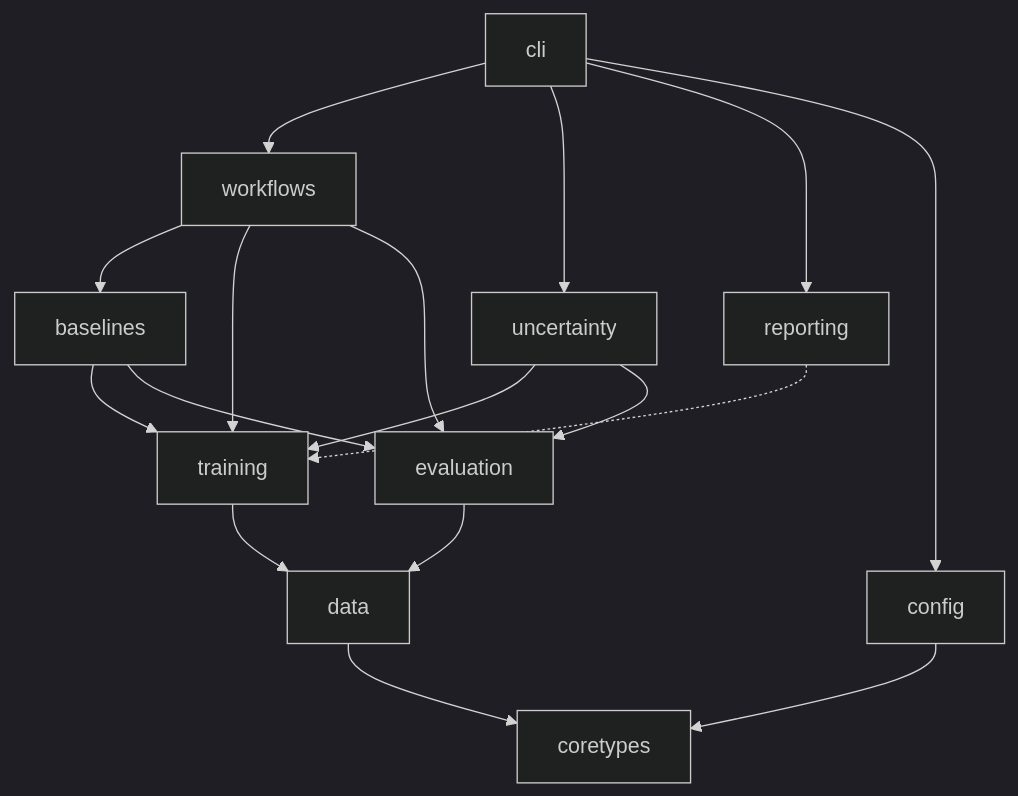
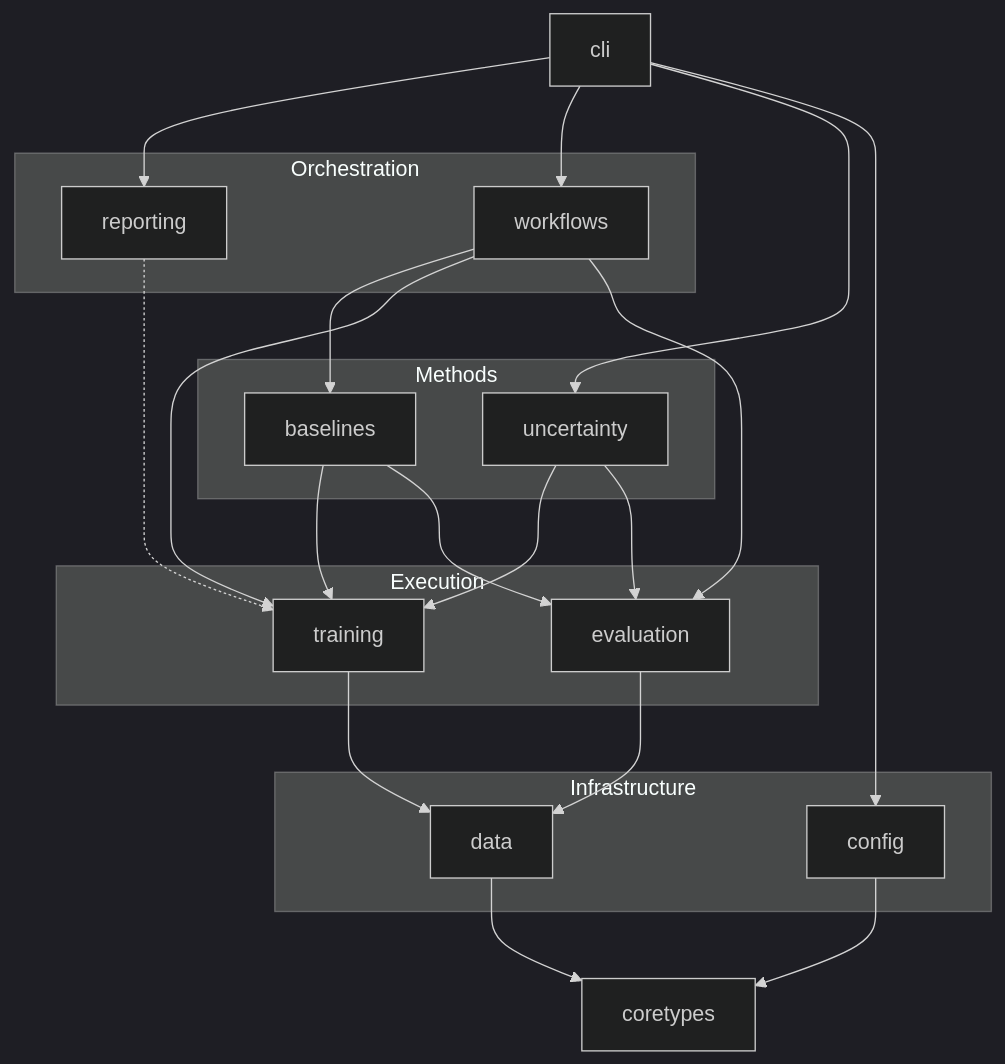
The second of 2 diagrams in docs/architecture/system-design.md (krishdesai7/deconvolve), drawn with Mermaid (dark theme) before and after one commit. The commit also changed other lines of this file and 2 other files, not shown here.

Commit message:
feat: add Mermaid.js integration for enhanced diagramming capabilities in documentation and update system design documentation for improved clarity and structure

````diff
--- a/docs/architecture/system-design.md
+++ b/docs/architecture/system-design.md
@@ -65,19 +65,48 @@
 ```mermaid
-flowchart TD
+flowchart TB
+    cli[cli]
+
+    subgraph orchestration["Orchestration"]
+        reporting[reporting]
+        workflows[workflows]
+    end
+
+    subgraph methods["Methods"]
+        baselines[baselines]
+        uncertainty[uncertainty]
+    end
+
+    subgraph execution["Execution"]
+        training[training]
+        evaluation[evaluation]
+    end
+
+    subgraph infrastructure["Infrastructure"]
+        data[data]
+        config[config]
+    end
+
+    coretypes[coretypes]
+
+    cli --> reporting
     cli --> workflows
     cli --> uncertainty
-    cli --> reporting
     cli --> config
+
     workflows --> baselines
-    uncertainty --> training
+    workflows --> training
+    workflows --> evaluation
+
     baselines --> training
     baselines --> evaluation
-    workflows --> training
-    workflows --> evaluation
+    uncertainty --> training
     uncertainty --> evaluation
+
+    reporting -.-> training
+
     training --> data
     evaluation --> data
-    reporting -.-> training
+
+    data --> coretypes
     config --> coretypes
-    data --> coretypes
 ```
````
